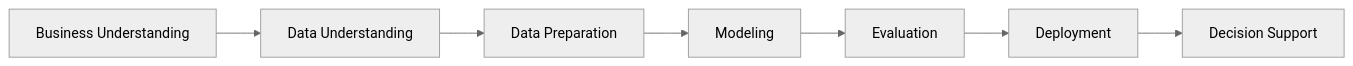
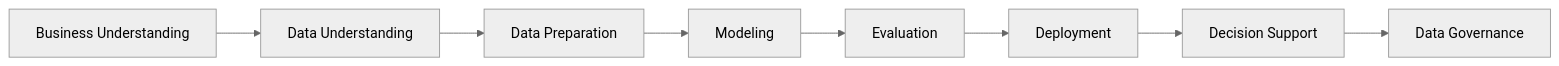
Before and after one commit to manuelpeba/market-value-football-tfm: the second of 2 diagrams in README.md, drawn with Mermaid (neutral theme). The commit also changed other lines of this file, not shown here.

Commit message:
docs: update README for DSS v2 architecture and productization

````diff
--- a/README.md
+++ b/README.md
@@ -524,11 +882,12 @@
 ```mermaid
 flowchart LR
 
 A[Business Understanding]
 --> B[Data Understanding]
 --> C[Data Preparation]
 --> D[Modeling]
 --> E[Evaluation]
 --> F[Deployment]
 --> G[Decision Support]
+--> H[Data Governance]
 ```
````
